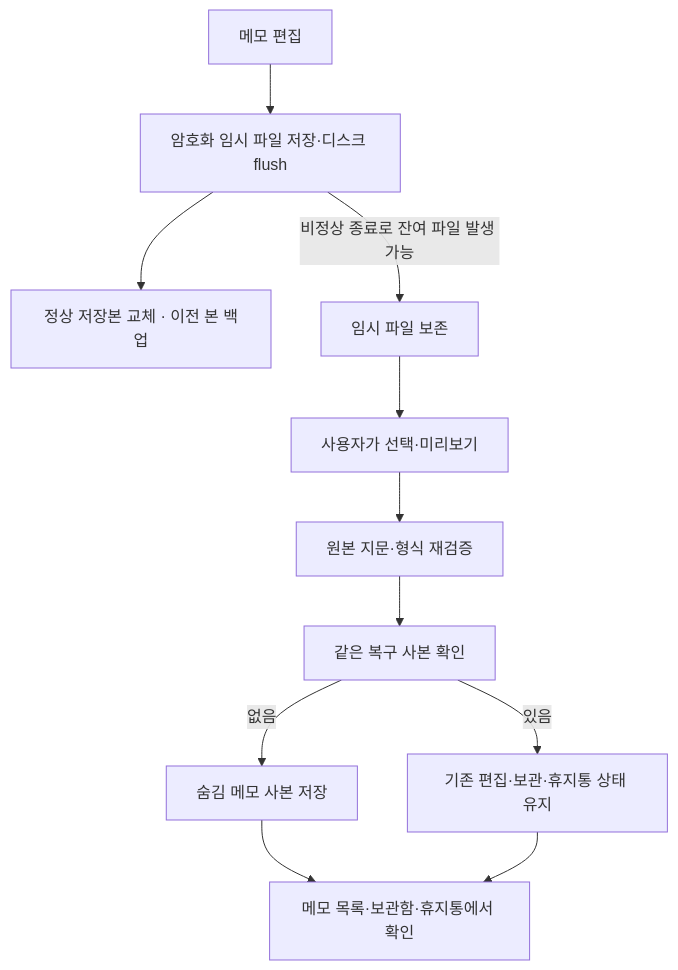
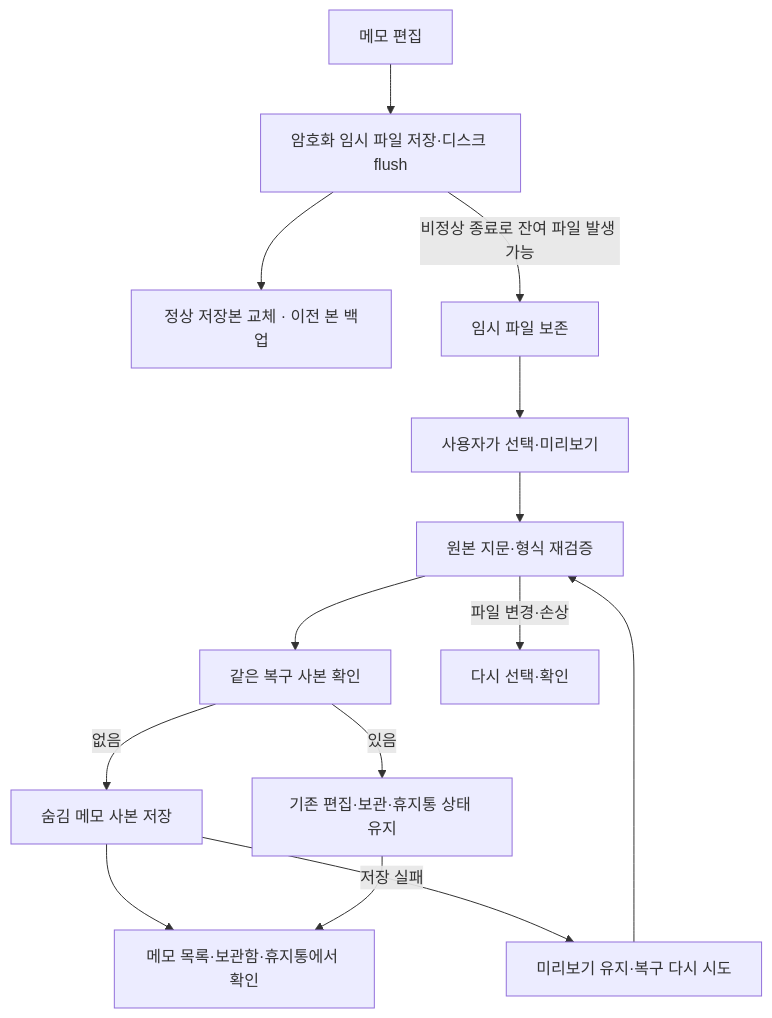
The second of 2 diagrams in README.md (DongminKang0919/windows-desktop-notes), drawn with Mermaid before and after one commit. The commit also changed other lines of this file and 22 other files, not shown here.

````diff
--- a/README.md
+++ b/README.md
@@ -86,13 +86,16 @@
 ```mermaid
 flowchart TD
     Edit["메모 편집"] --> Save["암호화 임시 파일 저장·디스크 flush"]
     Save --> Commit["정상 저장본 교체 · 이전 본 백업"]
     Save -->|비정상 종료로 잔여 파일 발생 가능| Pending["임시 파일 보존"]
     Pending --> Review["사용자가 선택·미리보기"]
     Review --> Verify["원본 지문·형식 재검증"]
     Verify --> Lookup["같은 복구 사본 확인"]
     Lookup -->|없음| Copy["숨김 메모 사본 저장"]
     Lookup -->|있음| Existing["기존 편집·보관·휴지통 상태 유지"]
     Copy --> List["메모 목록·보관함·휴지통에서 확인"]
     Existing --> List
+    Verify -->|파일 변경·손상| Recheck["다시 선택·확인"]
+    Copy -->|저장 실패| Retry["미리보기 유지·복구 다시 시도"]
+    Retry --> Verify
 ```
````
